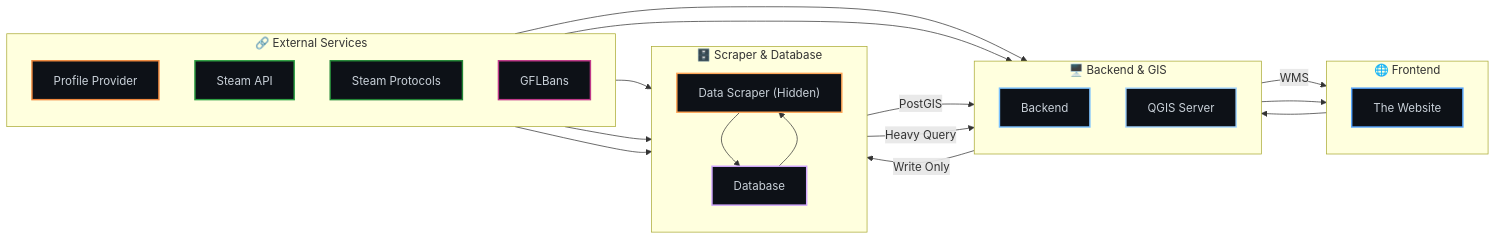
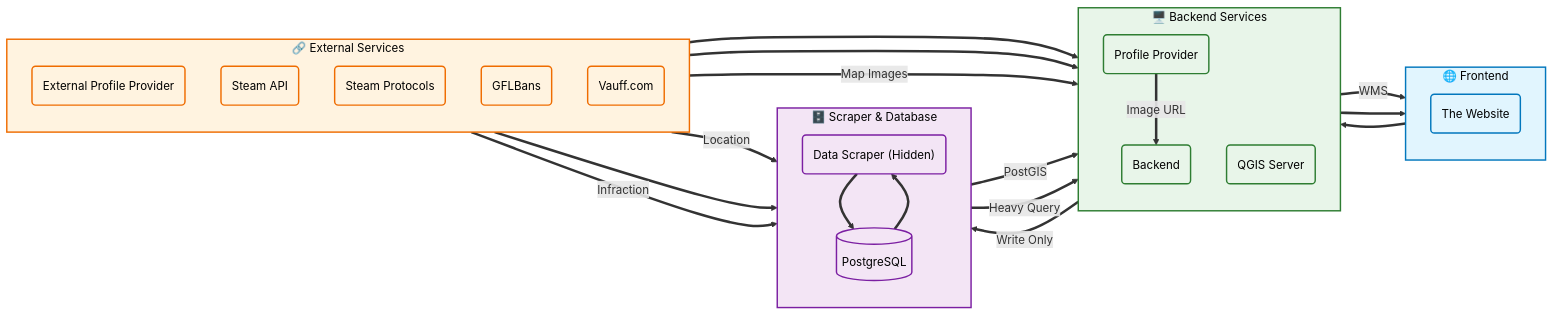
One commit to InterStella0/gfl-ze-watcher changed the diagram in README.md. Above: the diagram before and after it, drawn with Mermaid.

Commit message:
prettier graph

````diff
--- a/README.md
+++ b/README.md
@@ -12,57 +12,61 @@
 ```mermaid
 flowchart LR
   %% Frontend
   subgraph FE["🌐 Frontend"]
     direction TB
-    Website["The Website"]
+    Website("The Website")
   end
-
   %% Backend & GIS
-  subgraph BE["🖥️ Backend & GIS"]
+  subgraph BE["🖥️ Backend Services"]
     direction TB
-    Backend["Backend"]
-    QGIS["QGIS Server"]
+    Backend("Backend")
+    QGIS("QGIS Server")
+    ProfileProvider("Profile Provider")
   end
-
   %% Scraper & Database
   subgraph DSDB["🗄️ Scraper & Database"]
     direction TB
-    DataScraper["Data Scraper (Hidden)"]
-    Database["Database"]
+    DataScraper("Data Scraper (Hidden)")
+    Database[("PostgreSQL")]
   end
-
   %% External services
   subgraph EX["🔗 External Services"]
     direction TB
-    ProfileProvider["Profile Provider"]
-    SteamAPI["Steam API"]
-    SteamProtocol["Steam Protocols"]
-    GFLBans["GFLBans"]
+    ExternalProfileProvider("External Profile Provider")
+    SteamAPI("Steam API")
+    SteamProtocol("Steam Protocols")
+    GFLBans("GFLBans")
+    Vauff("Vauff.com")
   end
-
-  %% Connections
-  Website        --> Backend
-  QGIS           -- WMS --> Website
-  Database       -- PostGIS --> QGIS
-  Backend        -->|Write Only| Database
-  Database       -->|Heavy Query| Backend
-  Backend        --> Website
-  DataScraper    --> Database
-  Database       --> DataScraper
-  ProfileProvider --> Backend
-  SteamAPI       --> Backend
-  SteamAPI       --> DataScraper
-  SteamProtocol  --> DataScraper
-  GFLBans        --> DataScraper
-
-  %% Dark‑theme styles
-  style Website        fill:#0d1117,stroke:#58a6ff,stroke-width:2px,color:#c9d1d9
-  style Backend        fill:#0d1117,stroke:#79c0ff,stroke-width:2px,color:#c9d1d9
-  style QGIS           fill:#0d1117,stroke:#a5d6ff,stroke-width:2px,color:#c9d1d9
-  style DataScraper    fill:#0d1117,stroke:#ffa657,stroke-width:2px,color:#c9d1d9
-  style Database       fill:#0d1117,stroke:#d2a8ff,stroke-width:2px,color:#c9d1d9
-  style ProfileProvider fill:#0d1117,stroke:#f0883e,stroke-width:2px,color:#c9d1d9
-  style SteamAPI       fill:#0d1117,stroke:#2ea043,stroke-width:2px,color:#c9d1d9
-  style SteamProtocol  fill:#0d1117,stroke:#238636,stroke-width:2px,color:#c9d1d9
-  style GFLBans        fill:#0d1117,stroke:#bf3989,stroke-width:2px,color:#c9d1d9
+  %% Connections with higher contrast arrows
+  Website        ==> Backend
+  QGIS           == WMS ==> Website
+  Database       == PostGIS ==> QGIS
+  Backend        ==>|Write Only| Database
+  Database       ==>|Heavy Query| Backend
+  Backend        ==> Website
+  DataScraper    ==> Database
+  Database       ==> DataScraper
+  ProfileProvider ==>|Image URL| Backend
+  SteamAPI       ==> ProfileProvider
+  ExternalProfileProvider ==> ProfileProvider
+  SteamAPI       ==>|Location| DataScraper
+  SteamProtocol  ==> DataScraper
+  GFLBans        ==>|Infraction| DataScraper
+  Vauff          ==>|Map Images| Backend
+  %% GitHub-friendly styles with high contrast and rounded borders
+  classDef fe fill:#e1f5fe,stroke:#0277bd,stroke-width:2px,color:#000000
+  classDef be fill:#e8f5e9,stroke:#2e7d32,stroke-width:2px,color:#000000
+  classDef db fill:#f3e5f5,stroke:#7b1fa2,stroke-width:2px,color:#000000
+  classDef ex fill:#fff3e0,stroke:#ef6c00,stroke-width:2px,color:#000000
+  %% Apply styling to nodes
+  class Website fe
+  class Backend,QGIS,ProfileProvider be
+  class DataScraper,Database db
+  class ExternalProfileProvider,SteamAPI,SteamProtocol,GFLBans,Vauff ex
+  %% Style subgraphs with rounded corners
+  style FE fill:#e1f5fe,stroke:#0277bd,stroke-width:2px,color:#000000
+  style BE fill:#e8f5e9,stroke:#2e7d32,stroke-width:2px,color:#000000
+  style DSDB fill:#f3e5f5,stroke:#7b1fa2,stroke-width:2px,color:#000000
+  style EX fill:#fff3e0,stroke:#ef6c00,stroke-width:2px,color:#000000
 ```
````
